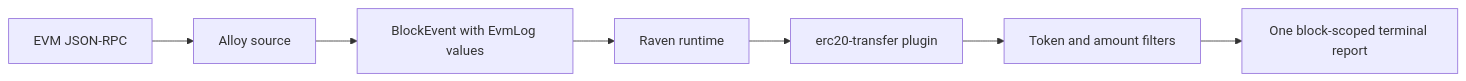
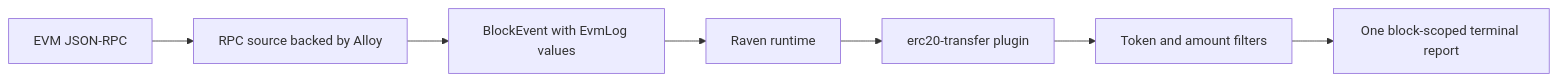
The diagram in docs/plugins/erc20-transfer.mdx (abhi3700/raven), drawn with Mermaid before and after one commit. The commit also changed other lines of this file and 27 other files, not shown here.

Commit message:
source-alloy renamed to source-rpc

````diff
--- a/docs/plugins/erc20-transfer.mdx
+++ b/docs/plugins/erc20-transfer.mdx
@@ -28,9 +28,9 @@
 ```mermaid
 flowchart LR
-    rpc[EVM JSON-RPC] --> source[Alloy source]
+    rpc[EVM JSON-RPC] --> source[RPC source backed by Alloy]
     source --> block[BlockEvent with EvmLog values]
     block --> runtime[Raven runtime]
     runtime --> plugin[erc20-transfer plugin]
     plugin --> filter[Token and amount filters]
     filter --> report[One block-scoped terminal report]
 ```
````
